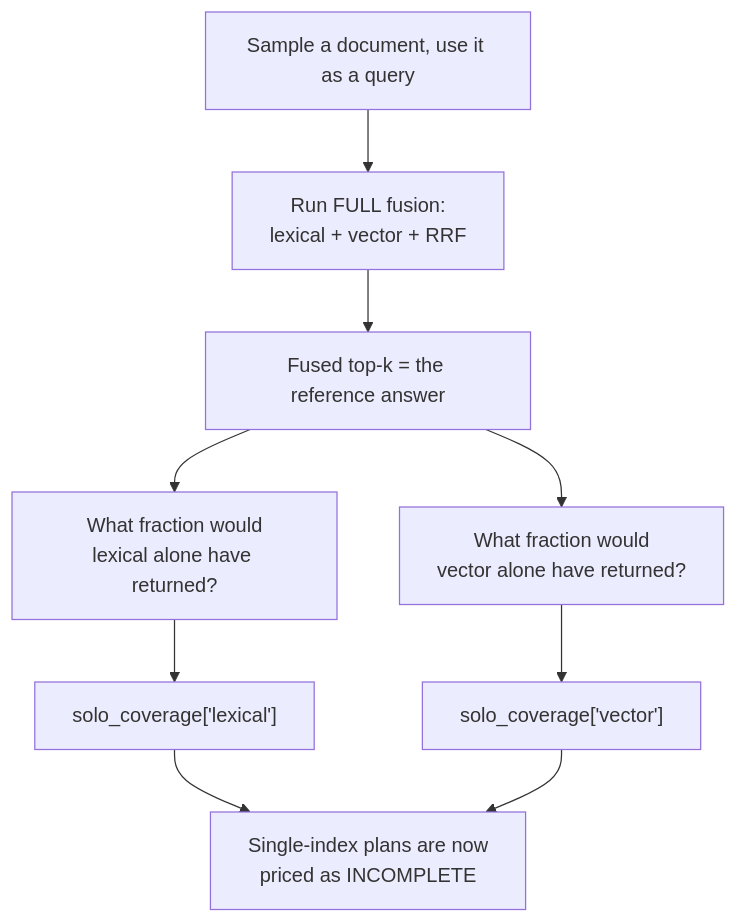
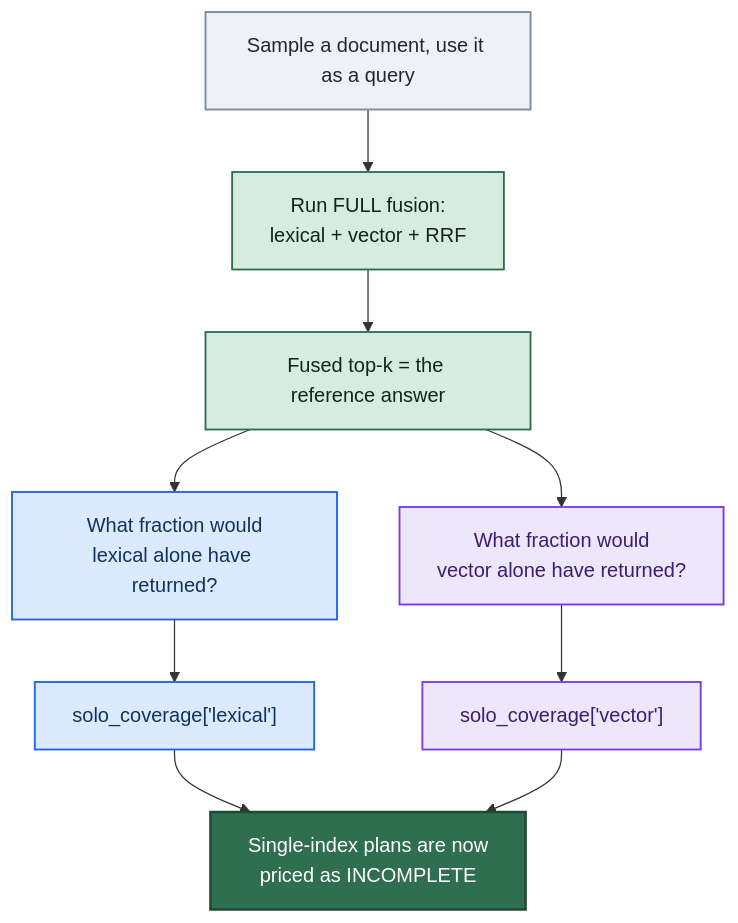
The seventh of 9 diagrams in BOOK.md (cosmos-dx/broccolisearch), drawn with Mermaid before and after one commit. The commit also changed other lines of this file and 4 other files, not shown here.

````diff
--- a/BOOK.md
+++ b/BOOK.md
@@ -1370,11 +1385,22 @@
 ```mermaid
 flowchart TB
     A["Sample a document, use it as a query"] --> B["Run FULL fusion:<br/>lexical + vector + RRF"]
     B --> C["Fused top-k = the reference answer"]
     C --> D["What fraction would<br/>lexical alone have returned?"]
     C --> E["What fraction would<br/>vector alone have returned?"]
     D --> F["solo_coverage['lexical']"]
     E --> G["solo_coverage['vector']"]
     F --> H["Single-index plans are now<br/>priced as INCOMPLETE"]
     G --> H
+
+    classDef inp fill:#eef2f6,stroke:#7c8b99,stroke-width:1.5px,color:#1f2933
+    classDef opt fill:#d6ece0,stroke:#2f6f4f,stroke-width:1.5px,color:#12241c
+    classDef lex fill:#dbeafe,stroke:#2563eb,stroke-width:1.5px,color:#12345c
+    classDef vec fill:#ece7fb,stroke:#7c3aed,stroke-width:1.5px,color:#3b1f6e
+    classDef out fill:#2f6f4f,stroke:#1d4a34,stroke-width:2px,color:#ffffff
+    class A inp
+    class B,C opt
+    class D,F lex
+    class E,G vec
+    class H out
 ```
````
